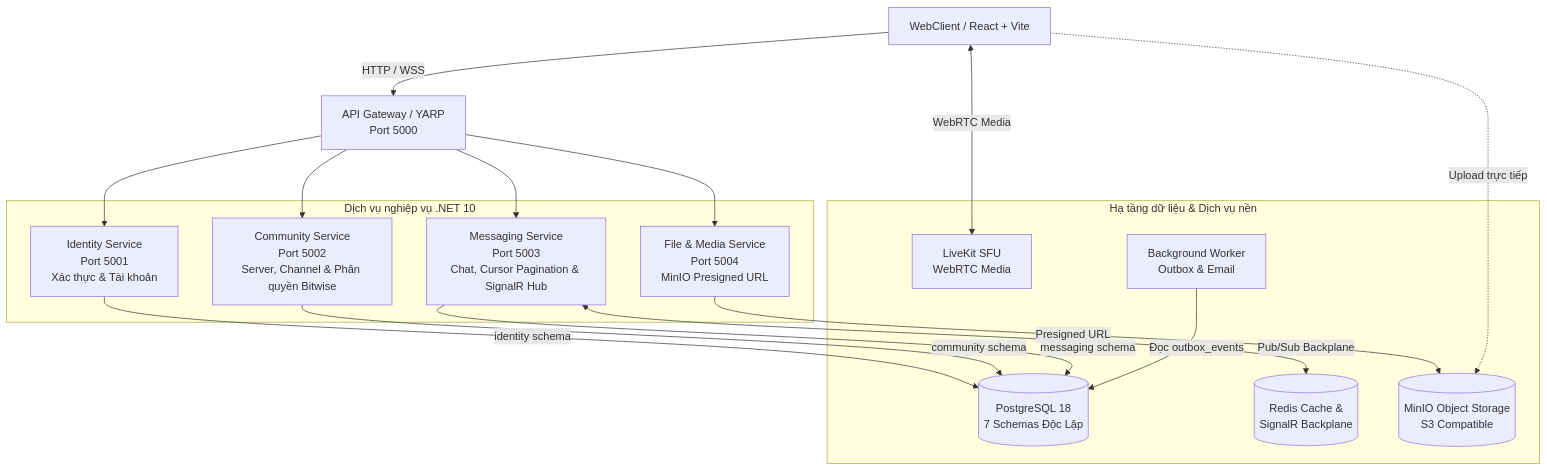
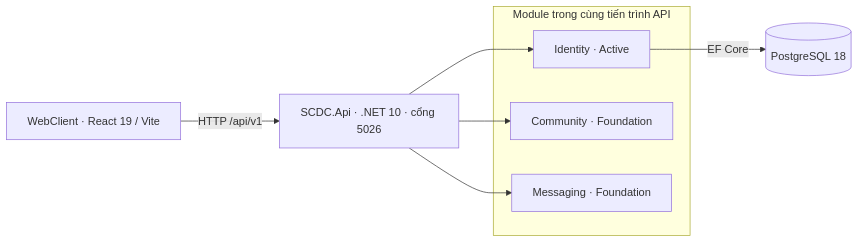
Before and after one commit to Chyeonma/scdc: the first of 2 diagrams in docs/architecture.md, drawn with Mermaid. The commit also changed other lines of this file and 52 other files, not shown here.

````diff
--- a/docs/architecture.md
+++ b/docs/architecture.md
@@ -18,35 +20,13 @@
 ```mermaid
-flowchart TD
-    Client[WebClient / React + Vite]
-    Gateway[API Gateway / YARP\nPort 5000]
-
-    subgraph CoreServices[Dịch vụ nghiệp vụ .NET 10]
-        Identity[Identity Service\nPort 5001\nXác thực & Tài khoản]
-        Community[Community Service\nPort 5002\nServer, Channel & Phân quyền Bitwise]
-        Messaging[Messaging Service\nPort 5003\nChat, Cursor Pagination & SignalR Hub]
-        FileService[File & Media Service\nPort 5004\nMinIO Presigned URL]
+flowchart LR
+    Web[WebClient · React 19 / Vite] -->|HTTP /api/v1| Api[SCDC.Api · .NET 10 · cổng 5026]
+    subgraph Host[Module trong cùng tiến trình API]
+        Identity[Identity · Active]
+        Community[Community · Foundation]
+        Messaging[Messaging · Foundation]
     end
-
-    subgraph Infrastructure[Hạ tầng dữ liệu & Dịch vụ nền]
-        Postgres[(PostgreSQL 18\n7 Schemas Độc Lập)]
-        Redis[(Redis Cache &\nSignalR Backplane)]
-        MinIO[(MinIO Object Storage\nS3 Compatible)]
-        LiveKit[LiveKit SFU\nWebRTC Media]
-        Worker[Background Worker\nOutbox & Email]
-    end
-
-    Client -->|HTTP / WSS| Gateway
-    Gateway --> Identity
-    Gateway --> Community
-    Gateway --> Messaging
-    Gateway --> FileService
-
-    Identity -->|identity schema| Postgres
-    Community -->|community schema| Postgres
-    Messaging -->|messaging schema| Postgres
-    Messaging <-->|Pub/Sub Backplane| Redis
-    FileService -->|Presigned URL| MinIO
-    Client -.->|Upload trực tiếp| MinIO
-    Client <-->|WebRTC Media| LiveKit
-    Worker -->|Đọc outbox_events| Postgres
+    Api --> Identity
+    Api --> Community
+    Api --> Messaging
+    Identity -->|EF Core| Pg[(PostgreSQL 18)]
 ```
````
